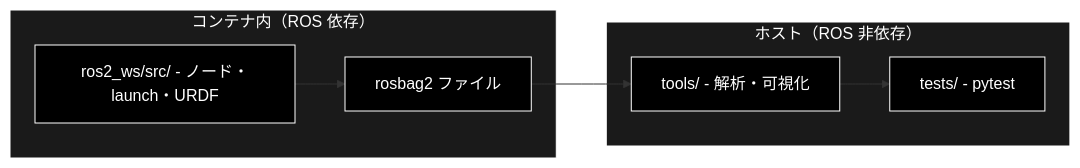
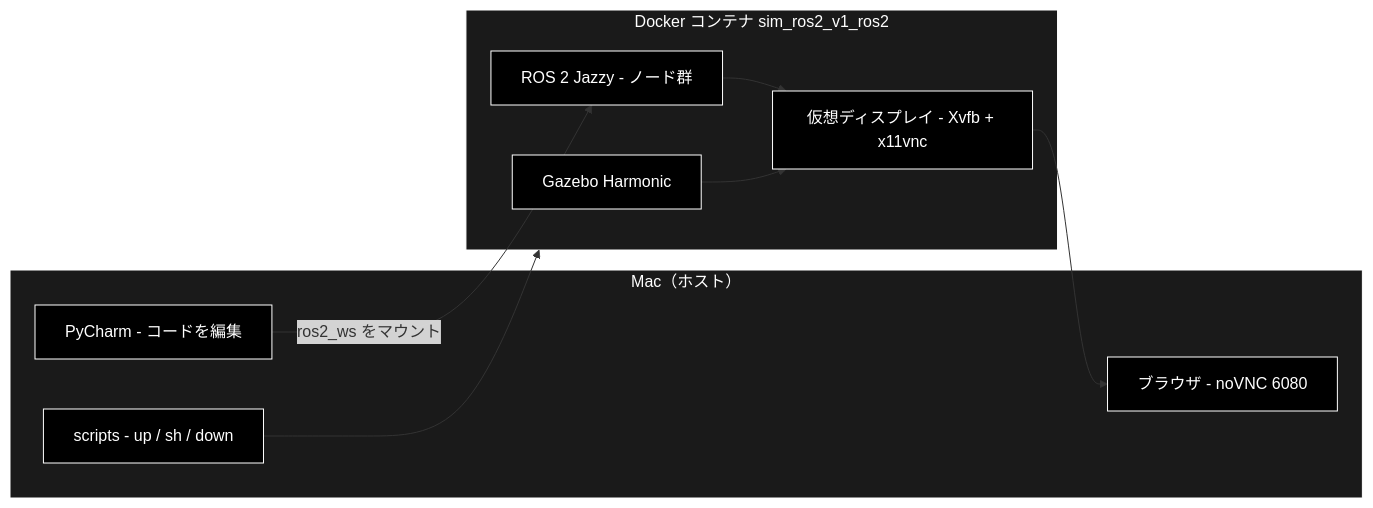
One commit to nakashima2toshio/sim_ros2_v1 changed the fourth of 4 diagrams in README.md. Above: the diagram before and after it, drawn with Mermaid. The commit also changed other lines of this file and 8 other files, not shown here.

````diff
--- a/README.md
+++ b/README.md
@@ -818,19 +332,23 @@
 ```mermaid
 flowchart LR
-    subgraph Container["コンテナ内（ROS 依存）"]
-        Nodes["ros2_ws/src/ - ノード・launch・URDF"]
-        Bag["rosbag2 ファイル"]
+    subgraph Mac["Mac（ホスト）"]
+        Br["ブラウザ - noVNC 6080"]
+        Py["PyCharm - コードを編集"]
+        Sc["scripts - up / sh / down"]
     end
-    subgraph Host["ホスト（ROS 非依存）"]
-        Tools["tools/ - 解析・可視化"]
-        Tests["tests/ - pytest"]
+    subgraph Ctr["Docker コンテナ sim_ros2_v1_ros2"]
+        Ros["ROS 2 Jazzy - ノード群"]
+        Gz["Gazebo Harmonic"]
+        Gui["仮想ディスプレイ - Xvfb + x11vnc"]
     end
-    Nodes --> Bag
-    Bag --> Tools
-    Tools --> Tests
+    Sc --> Ctr
+    Py -->|"ros2_ws をマウント"| Ros
+    Ros --> Gui
+    Gz --> Gui
+    Gui --> Br
 classDef default fill:#000,stroke:#fff,color:#fff
 classDef subgraphStyle fill:#1a1a1a,stroke:#fff,color:#fff
-class Nodes,Bag,Tools,Tests default
-style Container fill:#1a1a1a,stroke:#fff,color:#fff
-style Host fill:#1a1a1a,stroke:#fff,color:#fff
+class Br,Py,Sc,Ros,Gz,Gui default
+style Mac fill:#1a1a1a,stroke:#fff,color:#fff
+style Ctr fill:#1a1a1a,stroke:#fff,color:#fff
 ```
````
